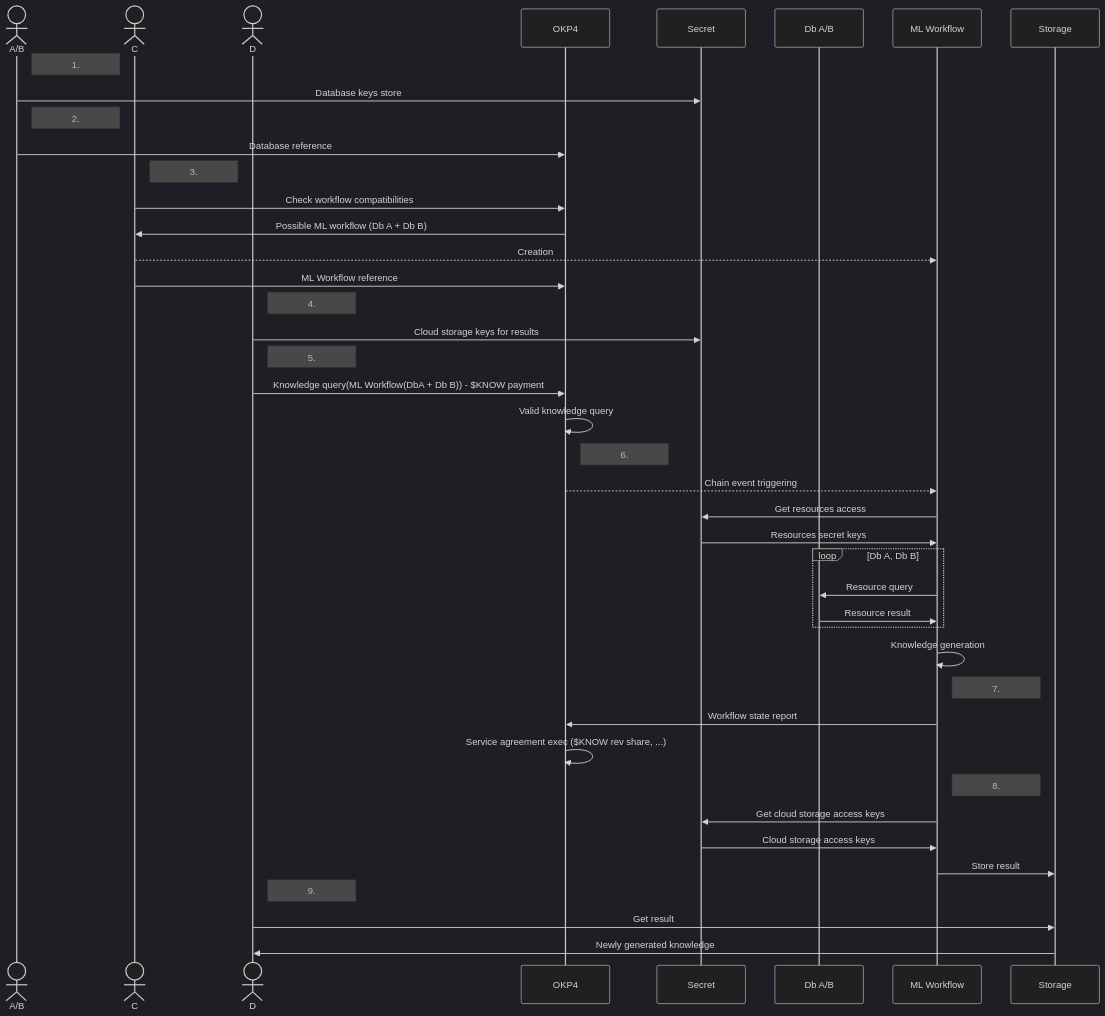
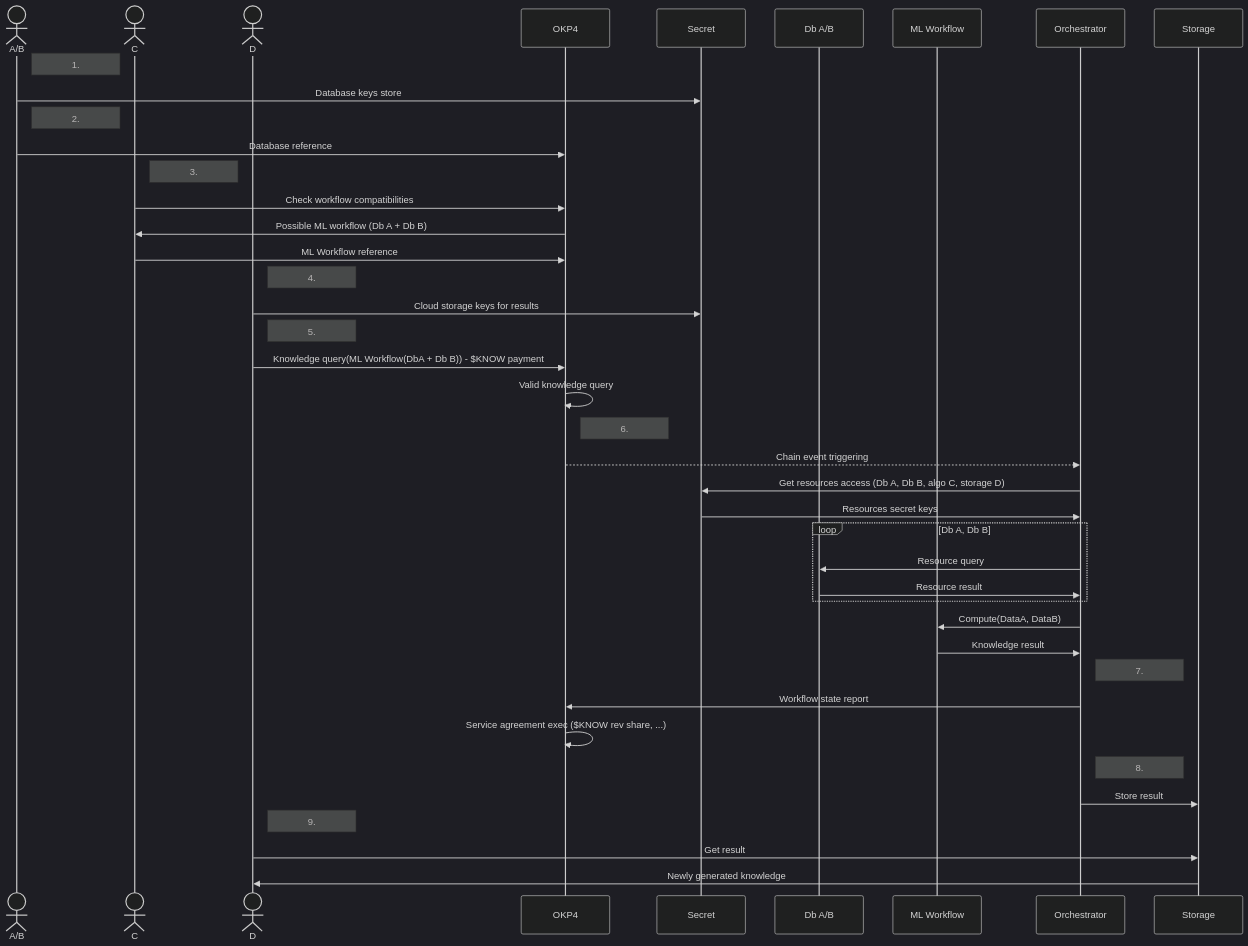
The diagram in docs/whitepaper/architecture.mdx (axone-protocol/docs), drawn with Mermaid (dark theme) before and after one commit. The commit also changed other lines of this file, not shown here.

````diff
--- a/docs/whitepaper/architecture.mdx
+++ b/docs/whitepaper/architecture.mdx
@@ -228,56 +232,55 @@
 ```mermaid
 
 sequenceDiagram
     
     actor DataProv as A/B
     actor ServProv as C
     actor IndD as D
     participant OKP4
     participant Secret
     participant Db A/B
     participant ML Workflow
+    participant Orchestrator
     participant Storage
 
 Note right of DataProv: 1. 
 DataProv->> Secret: Database keys store
 
 Note right of DataProv: 2. 
 DataProv->> OKP4: Database reference
 
 Note right of ServProv: 3. 
 ServProv->> OKP4: Check workflow compatibilities
 OKP4->> ServProv: Possible ML workflow (Db A + Db B)
-ServProv-->> ML Workflow: Creation
 ServProv->> OKP4: ML Workflow reference
 
 Note right of IndD: 4. 
 IndD->> Secret: Cloud storage keys for results
 
 Note right of IndD: 5. 
 IndD->> OKP4: Knowledge query(ML Workflow(DbA + Db B)) - $KNOW payment
 OKP4->>OKP4: Valid knowledge query
 
 Note right of OKP4: 6. 
-OKP4-->>ML Workflow: Chain event triggering
-ML Workflow->> Secret: Get resources access
-Secret->> ML Workflow: Resources secret keys
+OKP4-->>Orchestrator: Chain event triggering
+Orchestrator->> Secret: Get resources access (Db A, Db B, algo C, storage D)
+Secret->> Orchestrator: Resources secret keys
 loop Db A, Db B
-ML Workflow->> Db A/B: Resource query
-Db A/B->> ML Workflow: Resource result
+Orchestrator->> Db A/B: Resource query
+Db A/B->> Orchestrator: Resource result
 end 
-ML Workflow->> ML Workflow: Knowledge generation
+Orchestrator->> ML Workflow: Compute(DataA, DataB)
+ML Workflow->> Orchestrator: Knowledge result
 
-Note right of ML Workflow: 7. 
-ML Workflow->> OKP4: Workflow state report
+Note right of Orchestrator: 7. 
+Orchestrator->> OKP4: Workflow state report
 OKP4->>OKP4: Service agreement exec ($KNOW rev share, ...)
 
-Note right of ML Workflow: 8. 
-ML Workflow->> Secret: Get cloud storage access keys
-Secret->>ML Workflow: Cloud storage access keys
-ML Workflow->> Storage: Store result
+Note right of Orchestrator: 8. 
+Orchestrator->> Storage: Store result
 
 Note right of IndD: 9. 
 IndD->> Storage: Get result
 Storage->>IndD: Newly generated knowledge
 
 ```
````
